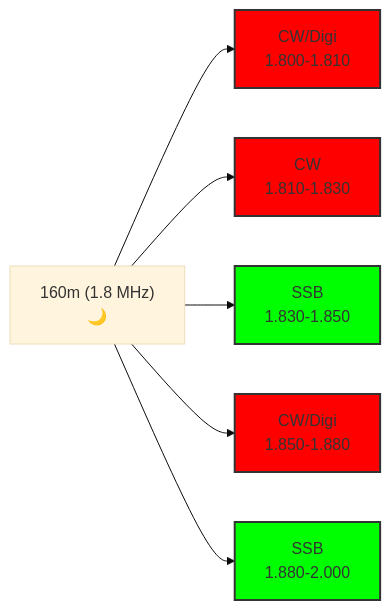
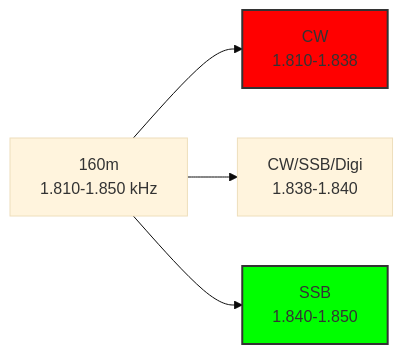
One commit to IU6VYG/esame-radioamatori changed the second of 3 diagrams in website/docs/B_Operativa/6_Piani_Frequenze_IARU.md. Above: the diagram before and after it, drawn with Mermaid (base theme). The commit also changed other lines of this file and 13 other files, not shown here.

````diff
--- a/website/docs/B_Operativa/6_Piani_Frequenze_IARU.md
+++ b/website/docs/B_Operativa/6_Piani_Frequenze_IARU.md
@@ -88,12 +92,10 @@
 ```mermaid
 graph LR;
-    Banda160["160m (1.8 MHz)<br>🌙"] --> CW1["CW/Digi<br>1.800-1.810"];
-    Banda160 --> CW2["CW<br>1.810-1.830"];
-    Banda160 --> SSB1["SSB<br>1.830-1.850"];
-    Banda160 --> CW3["CW/Digi<br>1.850-1.880"];
-    Banda160 --> SSB2["SSB<br>1.880-2.000"];
+    Banda160["160m<br>1.810-1.850 kHz"] --> CW1["CW<br>1.810-1.838"];
+    Banda160 --> Trans["CW/SSB/Digi<br>1.838-1.840"];
+    Banda160 --> SSB1["SSB<br>1.840-1.850"];
     classDef cw fill:#f00,stroke:#333,stroke-width:2px;
-    class CW1,CW2,CW3 cw;
+    class CW1 cw;
     classDef ssb fill:#0f0,stroke:#333,stroke-width:2px;
-    class SSB1,SSB2 ssb;
+    class SSB1 ssb;
 ```
````
